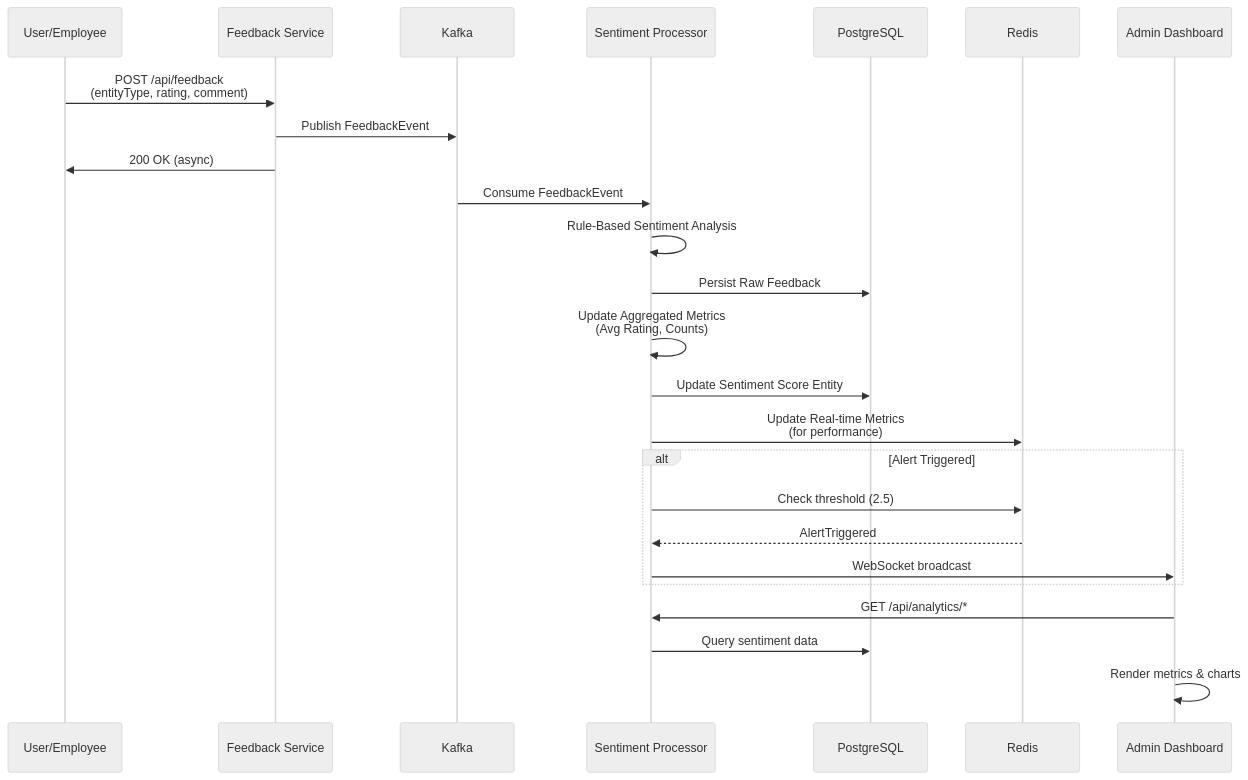
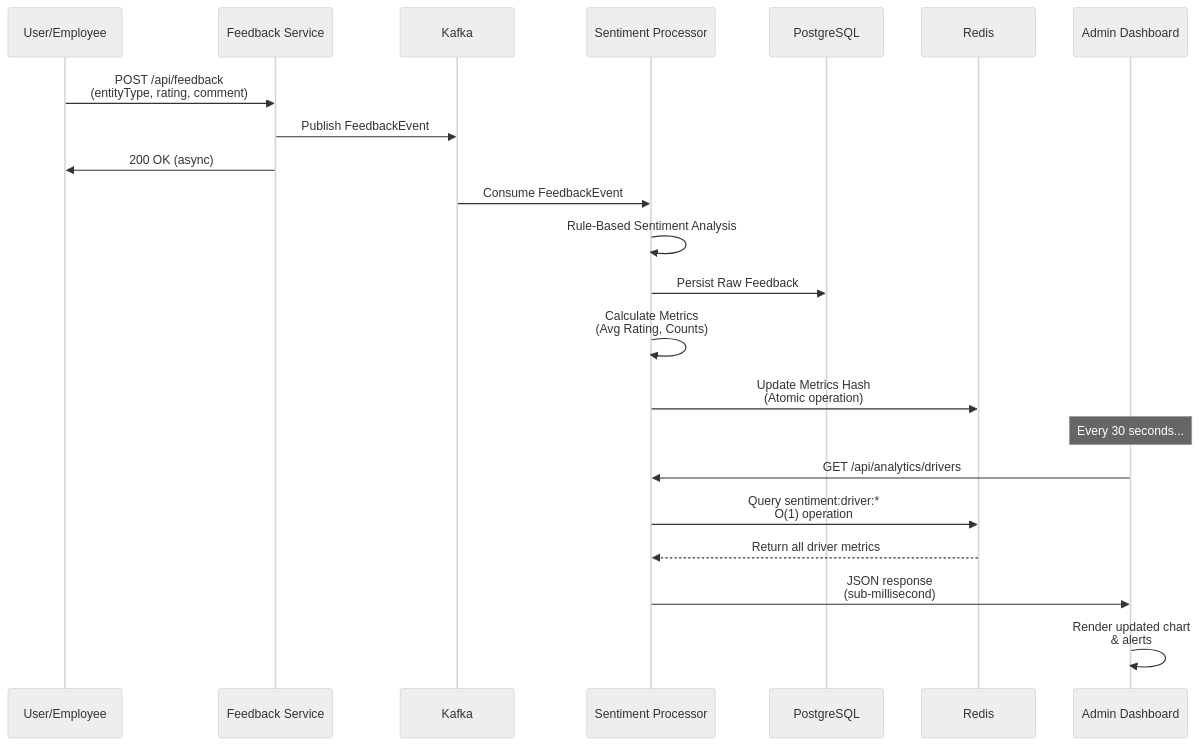
Before and after one commit to DhananjayHirey/SentimentAnalysis-MoveInSync: the second of 3 diagrams in README.md, drawn with Mermaid (neutral theme). The commit also changed other lines of this file, not shown here.

Commit message:
docs: Update README to clarify real-time sentiment analysis and dashboard performance improvements

````diff
--- a/README.md
+++ b/README.md
@@ -96,31 +90,27 @@
 ```mermaid
 sequenceDiagram
     participant User as User/Employee
     participant FS as Feedback Service
     participant Kafka as Kafka
     participant SP as Sentiment Processor
     participant DB as PostgreSQL
     participant Redis as Redis
     participant Dashboard as Admin Dashboard
 
     User->>FS: POST /api/feedback<br/>(entityType, rating, comment)
     FS->>Kafka: Publish FeedbackEvent
     FS->>User: 200 OK (async)
 
     Kafka->>SP: Consume FeedbackEvent
     SP->>SP: Rule-Based Sentiment Analysis
     SP->>DB: Persist Raw Feedback
-    SP->>SP: Update Aggregated Metrics<br/>(Avg Rating, Counts)
-    SP->>DB: Update Sentiment Score Entity
-    SP->>Redis: Update Real-time Metrics<br/>(for performance)
+    SP->>SP: Calculate Metrics<br/>(Avg Rating, Counts)
+    SP->>Redis: Update Metrics Hash<br/>(Atomic operation)
 
-    alt Alert Triggered
-        SP->>Redis: Check threshold (2.5)
-        Redis-->>SP: AlertTriggered
-        SP->>Dashboard: WebSocket broadcast
-    end
-
-    Dashboard->>SP: GET /api/analytics/*
-    SP->>DB: Query sentiment data
-    Dashboard->>Dashboard: Render metrics & charts
+    Note over Dashboard: Every 30 seconds...
+    Dashboard->>SP: GET /api/analytics/drivers
+    SP->>Redis: Query sentiment:driver:*<br/>O(1) operation
+    Redis-->>SP: Return all driver metrics
+    SP->>Dashboard: JSON response<br/>(sub-millisecond)
+    Dashboard->>Dashboard: Render updated chart<br/>& alerts
 ```
````
